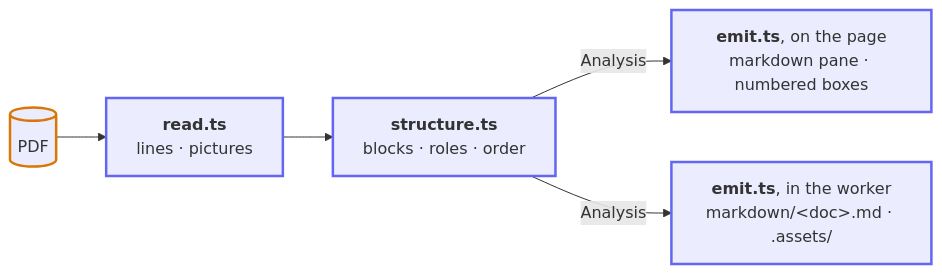
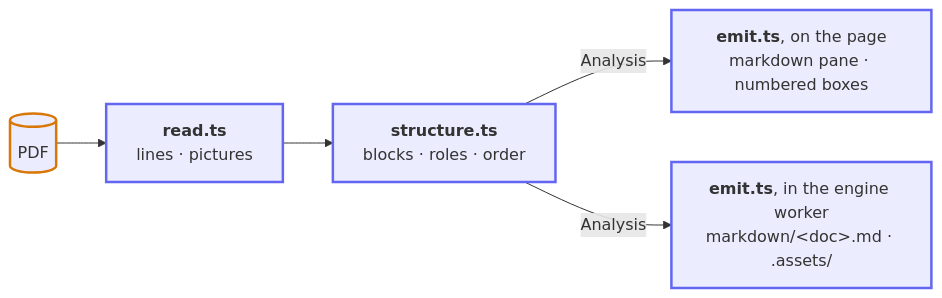
The first of 2 diagrams in README.md (roest1/mdgest), drawn with Mermaid before and after one commit. The commit also changed other lines of this file and 3 other files, not shown here.

````diff
--- a/README.md
+++ b/README.md
@@ -122,12 +125,12 @@
 ```mermaid
 flowchart LR
     PDF[("PDF")] --> READ["<b>read.ts</b><br/>lines · pictures"]
     READ --> STRUCT["<b>structure.ts</b><br/>blocks · roles · order"]
     STRUCT -->|"Analysis"| PAGE["<b>emit.ts</b>, on the page<br/>markdown pane · numbered boxes"]
-    STRUCT -->|"Analysis"| WORKER["<b>emit.ts</b>, in the worker<br/>markdown/&lt;doc&gt;.md · .assets/"]
+    STRUCT -->|"Analysis"| WORKER["<b>emit.ts</b>, in the engine worker<br/>markdown/&lt;doc&gt;.md · .assets/"]
 
     classDef step stroke:#6366f1,stroke-width:2.5px
     classDef store stroke:#d97706,stroke-width:2.5px
     class READ,STRUCT,PAGE,WORKER step
     class PDF store
 ```
````
